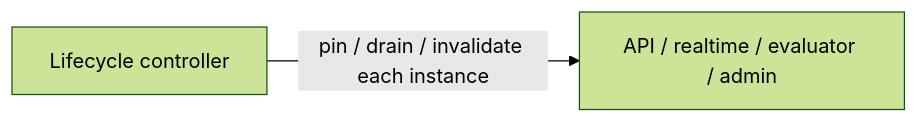
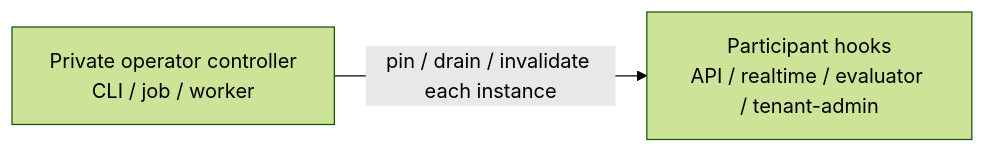
The second of 8 diagrams in docs/30-design/tenancy/sql-and-migration-architecture.md (bewest/rag-nightscout-ecosystem-alignment), drawn with Mermaid (forest theme) before and after one commit. The commit also changed other lines of this file and 4 other files, not shown here.

````diff
--- a/docs/30-design/tenancy/sql-and-migration-architecture.md
+++ b/docs/30-design/tenancy/sql-and-migration-architecture.md
@@ -114,4 +163,4 @@
 ```mermaid
 flowchart LR
-  LC["Lifecycle controller"] -->|"pin / drain / invalidate each instance"| Roles["API / realtime / evaluator / admin"]
+  LC["Private operator controller<br/>CLI / job / worker"] -->|"pin / drain / invalidate each instance"| Roles["Participant hooks<br/>API / realtime / evaluator / tenant-admin"]
 ```
````
